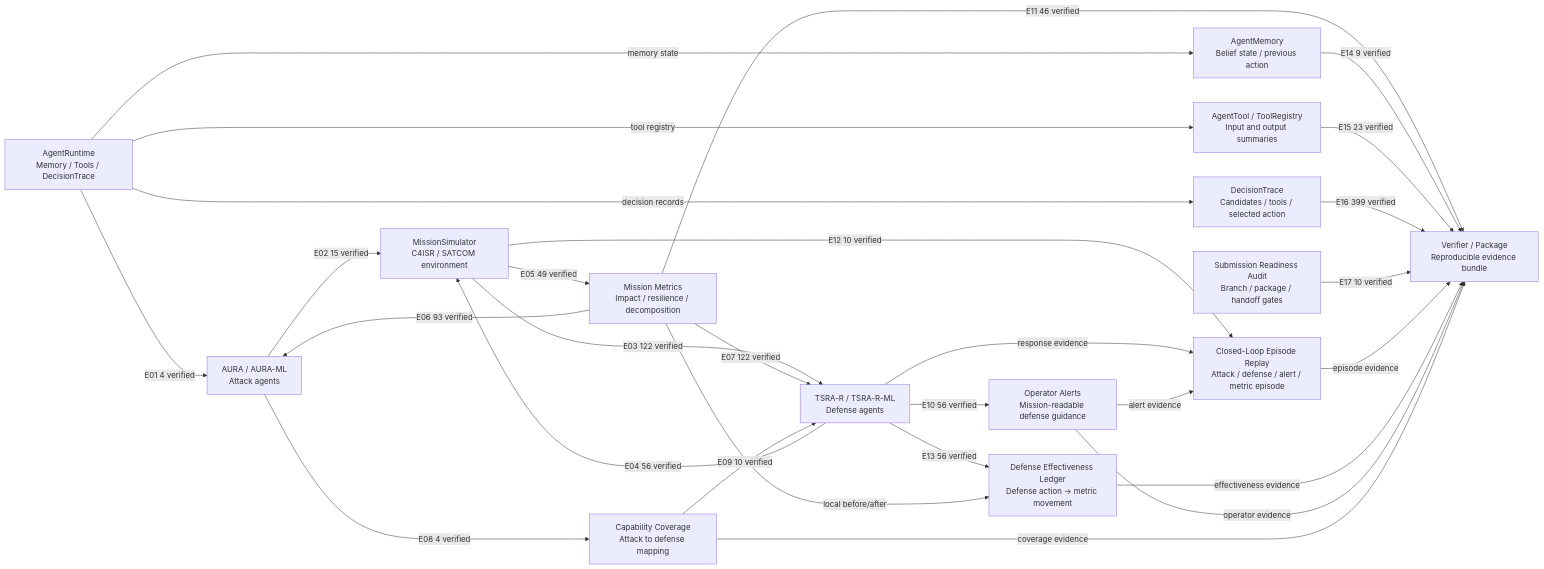
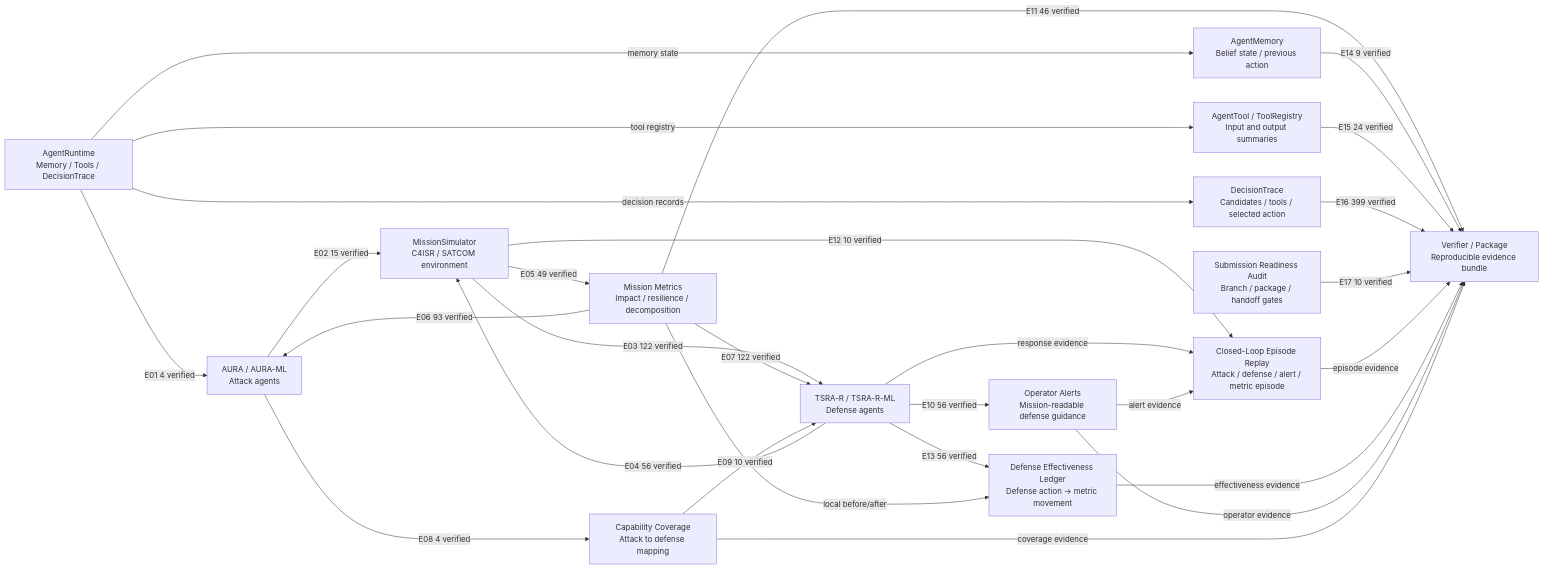
The diagram in outputs/report_tables/agent_collaboration_graph.mmd (Hbin77/LIG_DAH_AGI), drawn with Mermaid before and after one commit. The commit also changed 74 other files, not shown here.

```diff
--- a/outputs/report_tables/agent_collaboration_graph.mmd
+++ b/outputs/report_tables/agent_collaboration_graph.mmd
@@ -1,42 +1,42 @@
 flowchart LR
   Runtime[AgentRuntime\nMemory / Tools / DecisionTrace]
   Memory[AgentMemory\nBelief state / previous action]
   Tools[AgentTool / ToolRegistry\nInput and output summaries]
   Trace[DecisionTrace\nCandidates / tools / selected action]
   Aura[AURA / AURA-ML\nAttack agents]
   Sim[MissionSimulator\nC4ISR / SATCOM environment]
   Tsra[TSRA-R / TSRA-R-ML\nDefense agents]
   Metrics[Mission Metrics\nImpact / resilience / decomposition]
   Alerts[Operator Alerts\nMission-readable defense guidance]
   Ledger[Defense Effectiveness Ledger\nDefense action -> metric movement]
   Coverage[Capability Coverage\nAttack to defense mapping]
   Replay[Closed-Loop Episode Replay\nAttack / defense / alert / metric episode]
   Readiness[Submission Readiness Audit\nBranch / package / handoff gates]
   Verifier[Verifier / Package\nReproducible evidence bundle]
   Runtime -->|E01 4 verified| Aura
   Runtime -->|memory state| Memory
   Runtime -->|tool registry| Tools
   Runtime -->|decision records| Trace
   Aura -->|E02 15 verified| Sim
   Sim -->|E03 122 verified| Tsra
   Tsra -->|E04 56 verified| Sim
   Sim -->|E05 49 verified| Metrics
   Metrics -->|E06 93 verified| Aura
   Metrics -->|E07 122 verified| Tsra
   Aura -->|E08 4 verified| Coverage
   Coverage -->|E09 10 verified| Tsra
   Tsra -->|E10 56 verified| Alerts
   Metrics -->|E11 46 verified| Verifier
   Sim -->|E12 10 verified| Replay
   Tsra -->|E13 56 verified| Ledger
   Metrics -->|local before/after| Ledger
   Memory -->|E14 9 verified| Verifier
-  Tools -->|E15 23 verified| Verifier
+  Tools -->|E15 24 verified| Verifier
   Trace -->|E16 399 verified| Verifier
   Readiness -->|E17 10 verified| Verifier
   Tsra -->|response evidence| Replay
   Alerts -->|alert evidence| Replay
   Replay -->|episode evidence| Verifier
   Ledger -->|effectiveness evidence| Verifier
   Alerts -->|operator evidence| Verifier
   Coverage -->|coverage evidence| Verifier
```
